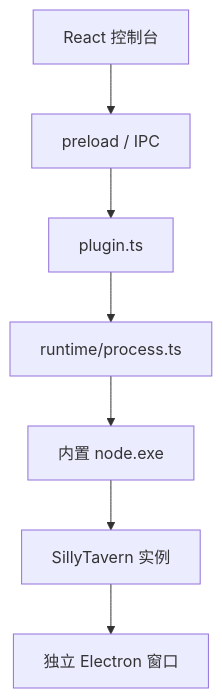
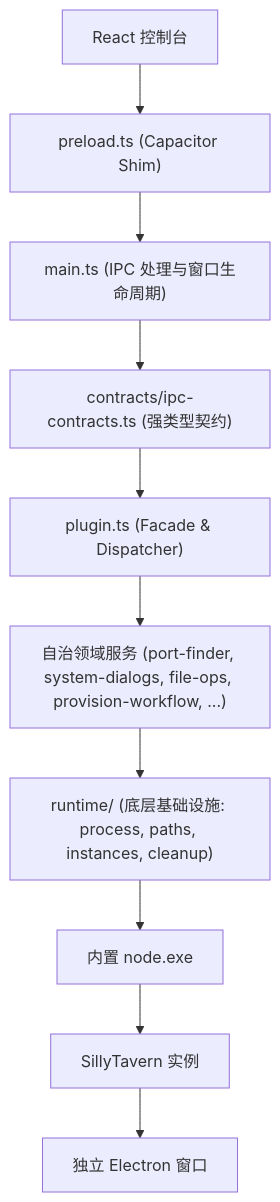
One commit to CAPTCHAAAAA/SillyClient-Windows changed the diagram in docs/ARCHITECTURE.md. Above: the diagram before and after it, drawn with Mermaid. The commit also changed other lines of this file and 28 other files, not shown here.

````diff
--- a/docs/ARCHITECTURE.md
+++ b/docs/ARCHITECTURE.md
@@ -5,9 +8,12 @@
 ```mermaid
 flowchart TD
-    UI["React 控制台"] --> Preload["preload / IPC"]
-    Preload --> Plugin["plugin.ts"]
-    Plugin --> Runtime["runtime/process.ts"]
+    UI["React 控制台"] --> Preload["preload.ts (Capacitor Shim)"]
+    Preload --> Main["main.ts (IPC 处理与窗口生命周期)"]
+    Main --> Contracts["contracts/ipc-contracts.ts (强类型契约)"]
+    Contracts --> Plugin["plugin.ts (Facade & Dispatcher)"]
+    Plugin --> Domains["自治领域服务 (port-finder, system-dialogs, file-ops, provision-workflow, ...)"]
+    Domains --> Runtime["runtime/ (底层基础设施: process, paths, instances, cleanup)"]
     Runtime --> Node["内置 node.exe"]
     Node --> Server["SillyTavern 实例"]
     Server --> Reader["独立 Electron 窗口"]
 ```
````
